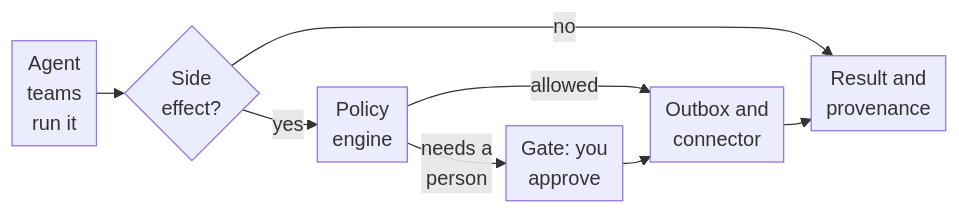
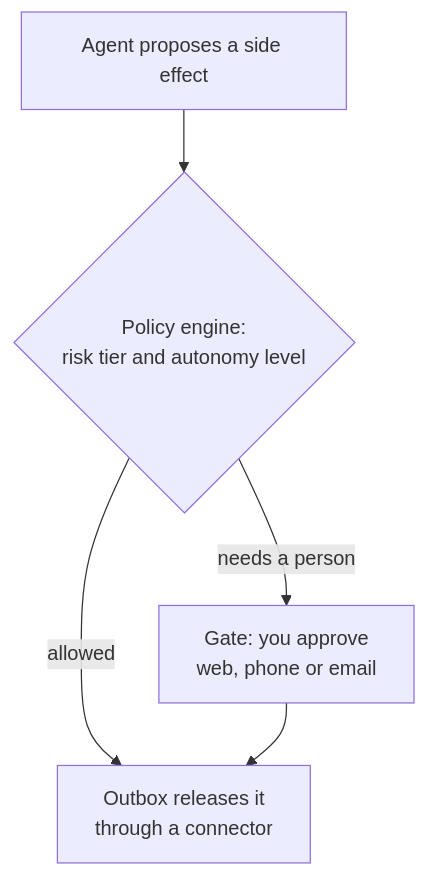
One commit to spark-456/tilo changed the first of 5 diagrams in README.md. Above: the diagram before and after it, drawn with Mermaid. The commit also changed other lines of this file, not shown here.

Commit message:
docs(readme): replace the wide How it works flow with a short top-down diagram
The left-to-right flow was still clipped by GitHub's Mermaid viewer (its font makes nodes wider than a local render). A four-node top-down diagram of the side-effect path fits the column.

````diff
--- a/README.md
+++ b/README.md
@@ -104,11 +104,7 @@
 ```mermaid
-%%{init: {"flowchart": {"rankSpacing": 22, "nodeSpacing": 20, "padding": 6}}}%%
-flowchart LR
-    A["Agent<br/>teams<br/>run it"] --> E{"Side<br/>effect?"}
-    E -- "no" --> I["Result and<br/>provenance"]
-    E -- "yes" --> F["Policy<br/>engine"]
-    F -- "allowed" --> H["Outbox and<br/>connector"]
-    F -- "needs a<br/>person" --> G["Gate: you<br/>approve"]
-    G --> H
-    H --> I
+flowchart TB
+    A["Agent proposes a side effect"] --> P{"Policy engine:<br/>risk tier and autonomy level"}
+    P -->|"needs a person"| G["Gate: you approve<br/>web, phone or email"]
+    P -->|"allowed"| O["Outbox releases it<br/>through a connector"]
+    G --> O
 ```
````
